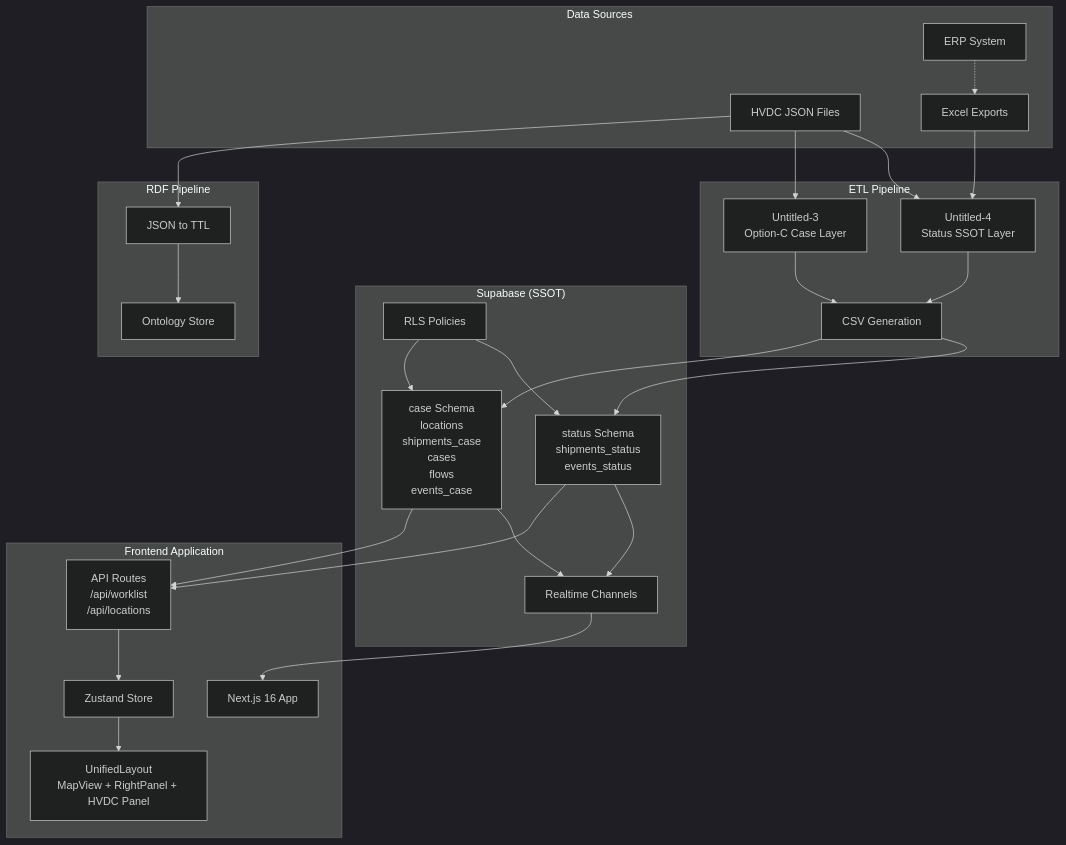
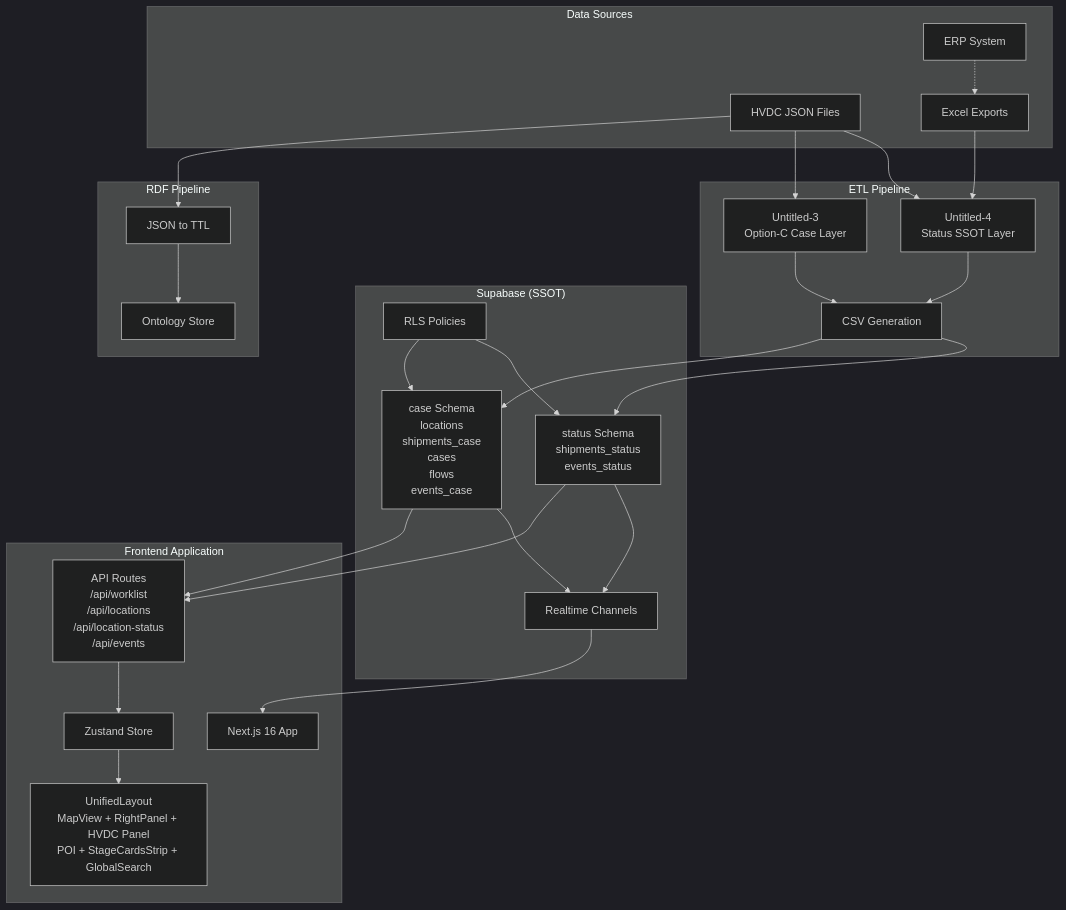
The first of 15 diagrams in docs/architecture.md (macho715/LOGI-MASTER-DASH), drawn with Mermaid (dark theme) before and after one commit. The commit also changed other lines of this file and 90 other files, not shown here.

First line of the commit message:
feat(dashboard): MAP_PATCH 전체 적용 - POI 라벨 통일 및 DSV M44 중복 제거

````diff
--- a/docs/architecture.md
+++ b/docs/architecture.md
@@ -26,57 +28,57 @@
 ```mermaid
 graph TB
     subgraph "Data Sources"
         JSON[HVDC JSON Files]
         Excel[Excel Exports]
         ERP[ERP System]
     end
 
     subgraph "ETL Pipeline"
         ETL4[Untitled-4<br/>Status SSOT Layer]
         ETL3[Untitled-3<br/>Option-C Case Layer]
         CSV[CSV Generation]
     end
 
     subgraph "Supabase (SSOT)"
         StatusSchema[status Schema<br/>shipments_status<br/>events_status]
         CaseSchema[case Schema<br/>locations<br/>shipments_case<br/>cases<br/>flows<br/>events_case]
         RLS[RLS Policies]
         Realtime[Realtime Channels]
     end
 
     subgraph "RDF Pipeline"
         TTL[JSON to TTL]
         Ontology[Ontology Store]
     end
 
     subgraph "Frontend Application"
         NextJS[Next.js 16 App]
-        API[API Routes<br/>/api/worklist<br/>/api/locations]
+        API[API Routes<br/>/api/worklist<br/>/api/locations<br/>/api/location-status<br/>/api/events]
         Store[Zustand Store]
-        UI[UnifiedLayout<br/>MapView + RightPanel + HVDC Panel]
+        UI[UnifiedLayout<br/>MapView + RightPanel + HVDC Panel<br/>POI + StageCardsStrip + GlobalSearch]
     end
 
     JSON --> ETL4
     JSON --> ETL3
     Excel --> ETL4
     ERP -.-> Excel
 
     ETL4 --> CSV
     ETL3 --> CSV
     CSV --> StatusSchema
     CSV --> CaseSchema
 
     JSON --> TTL
     TTL --> Ontology
 
     StatusSchema --> Realtime
     CaseSchema --> Realtime
     RLS --> StatusSchema
     RLS --> CaseSchema
 
     Realtime --> NextJS
     StatusSchema --> API
     CaseSchema --> API
     API --> Store
     Store --> UI
 ```
````
